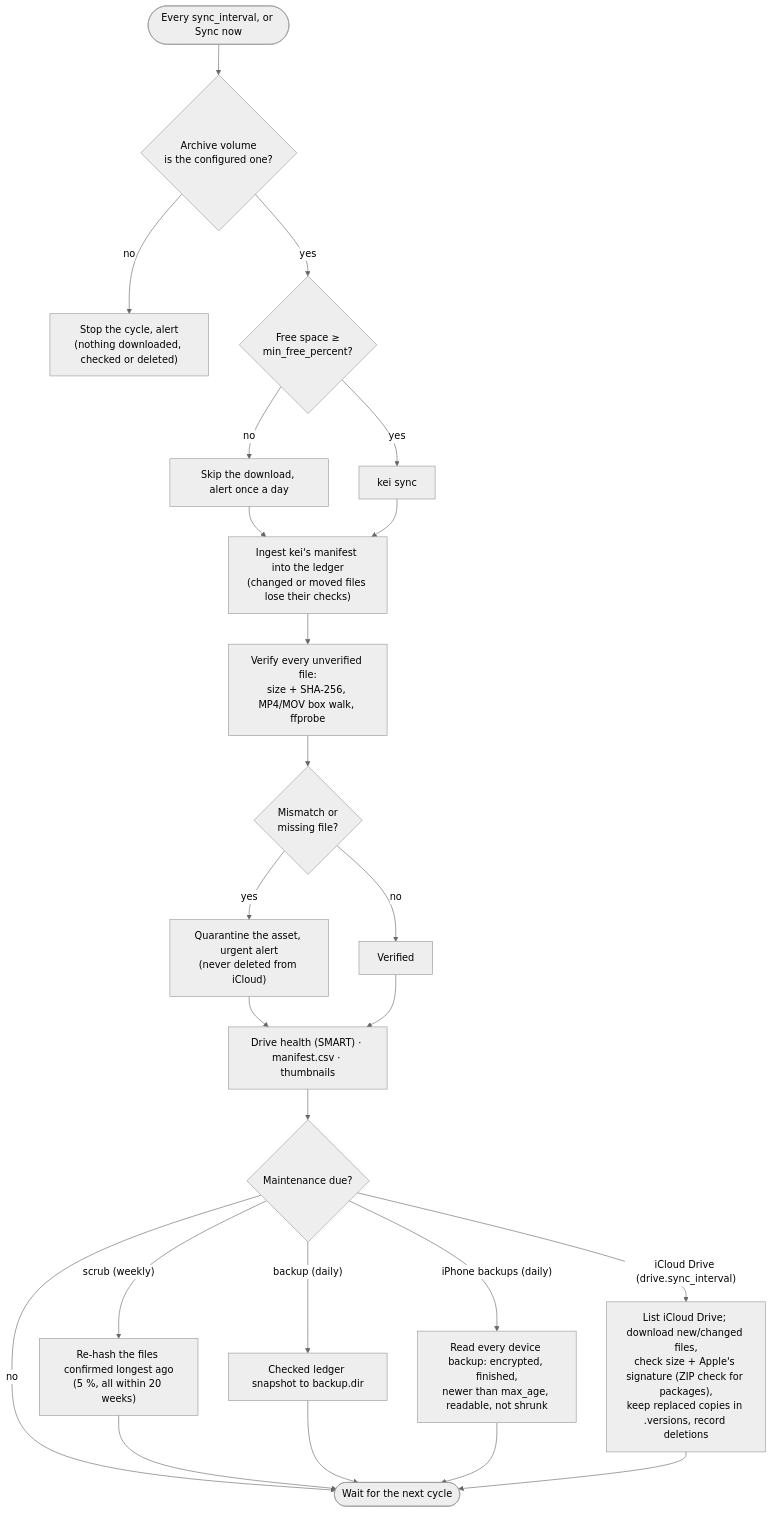
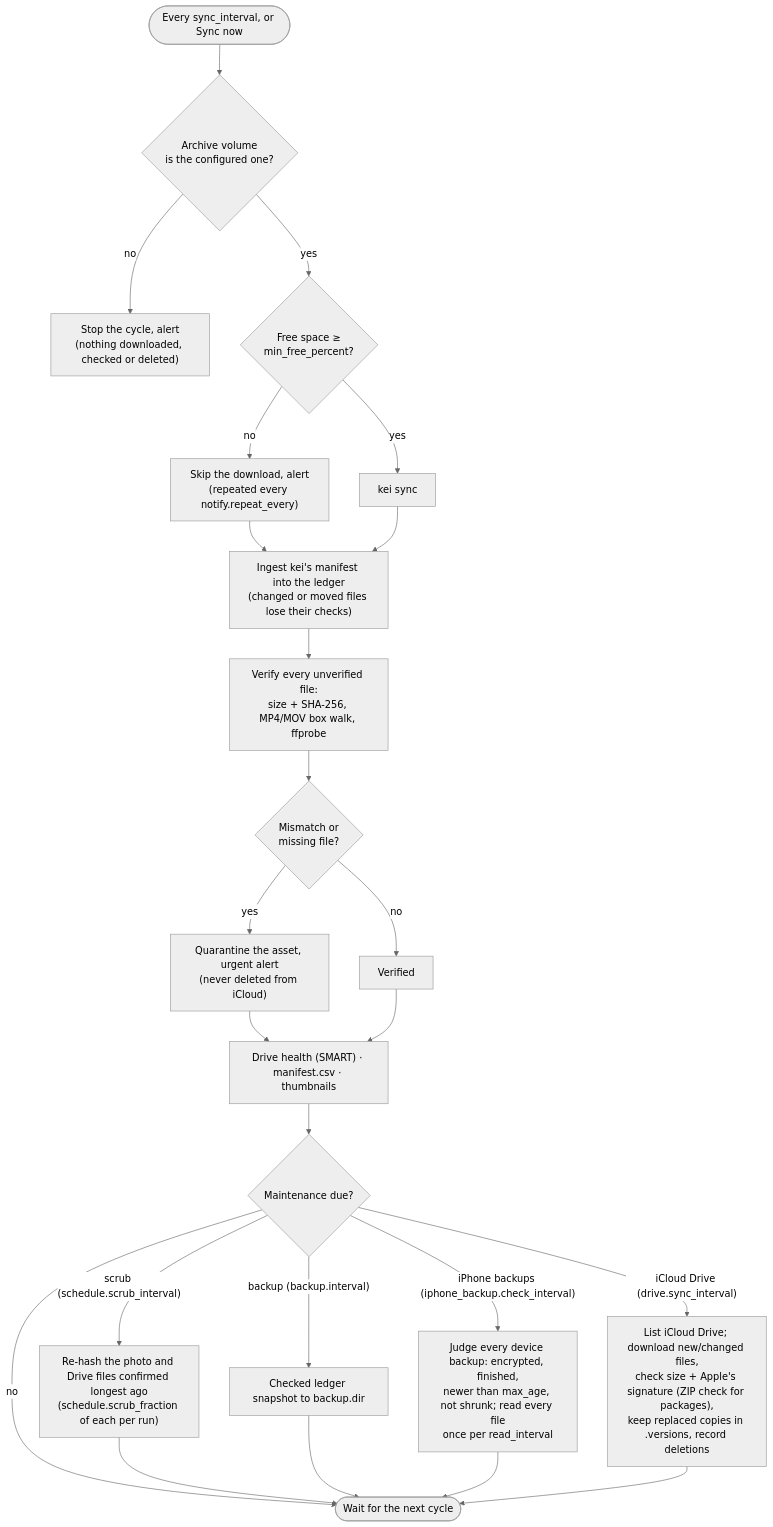
The second of 2 diagrams in README.md (vasilistotskas/homecloud), drawn with Mermaid (neutral theme) before and after one commit. The commit also changed other lines of this file and 58 other files, not shown here.

````diff
--- a/README.md
+++ b/README.md
@@ -82,26 +83,26 @@
 ```mermaid
 flowchart TD
     start(["Every sync_interval, or Sync now"]) --> vol{"Archive volume<br/>is the configured one?"}
     vol -- no --> stop["Stop the cycle, alert<br/>(nothing downloaded, checked or deleted)"]
     vol -- yes --> space{"Free space ≥<br/>min_free_percent?"}
-    space -- no --> skip["Skip the download, alert once a day"]
+    space -- no --> skip["Skip the download, alert<br/>(repeated every notify.repeat_every)"]
     space -- yes --> kei["kei sync"]
     skip --> ingest
     kei --> ingest["Ingest kei's manifest into the ledger<br/>(changed or moved files lose their checks)"]
     ingest --> verify["Verify every unverified file:<br/>size + SHA-256, MP4/MOV box walk, ffprobe"]
     verify --> bad{"Mismatch or<br/>missing file?"}
     bad -- yes --> q["Quarantine the asset, urgent alert<br/>(never deleted from iCloud)"]
     bad -- no --> ok["Verified"]
     q --> after
     ok --> after["Drive health (SMART) · manifest.csv · thumbnails"]
     after --> due{"Maintenance due?"}
-    due -- "scrub (weekly)" --> scrub["Re-hash the files confirmed longest ago<br/>(5 %, all within 20 weeks)"]
+    due -- "scrub (schedule.scrub_interval)" --> scrub["Re-hash the photo and Drive files confirmed longest ago<br/>(schedule.scrub_fraction of each per run)"]
     due -- "iCloud Drive (drive.sync_interval)" --> dsync["List iCloud Drive; download new/changed files,<br/>check size + Apple's signature (ZIP check for packages),<br/>keep replaced copies in .versions, record deletions"]
-    due -- "backup (daily)" --> snap["Checked ledger snapshot to backup.dir"]
-    due -- "iPhone backups (daily)" --> phone["Read every device backup: encrypted, finished,<br/>newer than max_age, readable, not shrunk"]
+    due -- "backup (backup.interval)" --> snap["Checked ledger snapshot to backup.dir"]
+    due -- "iPhone backups (iphone_backup.check_interval)" --> phone["Judge every device backup: encrypted, finished,<br/>newer than max_age, not shrunk; read every file<br/>once per read_interval"]
     due -- no --> wait(["Wait for the next cycle"])
     scrub --> wait
     snap --> wait
     phone --> wait
     dsync --> wait
 ```
````
